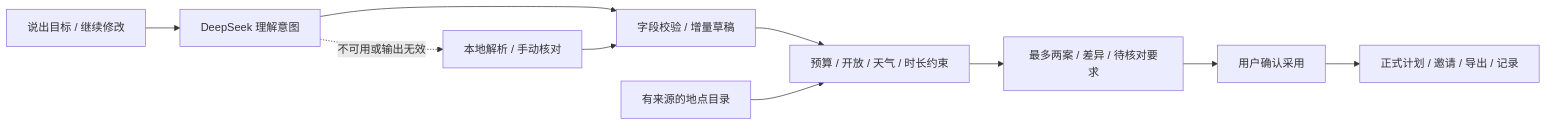
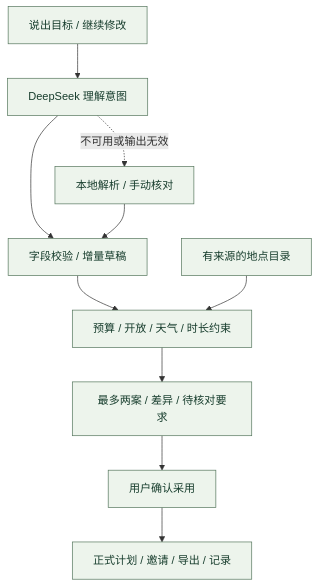
Before and after one commit to LeiQingliang/weekend-city-guide: the diagram in README.md, drawn with Mermaid.

Commit message:
docs: improve AI workflow diagram readability

````diff
--- a/README.md
+++ b/README.md
@@ -53,12 +53,14 @@
 ```mermaid
-flowchart LR
+flowchart TD
     A["说出目标 / 继续修改"] --> B["DeepSeek 理解意图"]
     B --> D["字段校验 / 增量草稿"]
     B -. "不可用或输出无效" .-> C["本地解析 / 手动核对"]
     C --> D
     D --> F["预算 / 开放 / 天气 / 时长约束"]
     E["有来源的地点目录"] --> F
     F --> G["最多两案 / 差异 / 待核对要求"]
     G --> H["用户确认采用"]
     H --> I["正式计划 / 邀请 / 导出 / 记录"]
+    classDef plan fill:#edf4ec,stroke:#54755c,color:#173d2d
+    class A,B,C,D,E,F,G,H,I plan
 ```
````
